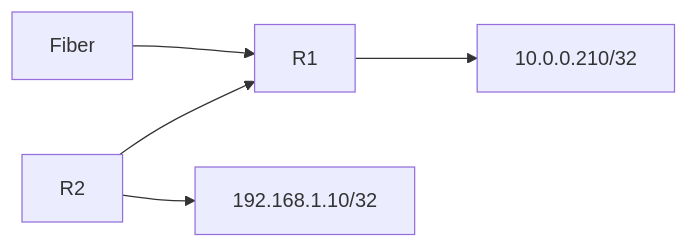
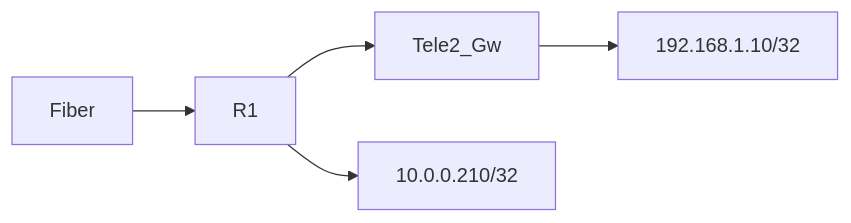
Before and after one commit to notkasim/DOCS: the third of 3 diagrams in Topology.md, drawn with Mermaid. The commit also changed other lines of this file, not shown here.

````diff
--- a/Topology.md
+++ b/Topology.md
@@ -18,7 +18,7 @@
 ```mermaid
 graph LR;
-    R2-->R1;
-    R2-->192.168.1.10/32;
+    Fiber-->R1;
+    R1-->Tele2_Gw;
     R1-->10.0.0.210/32;
-    Fiber-->R1;
+    Tele2_Gw-->192.168.1.10/32;
 ```
````
